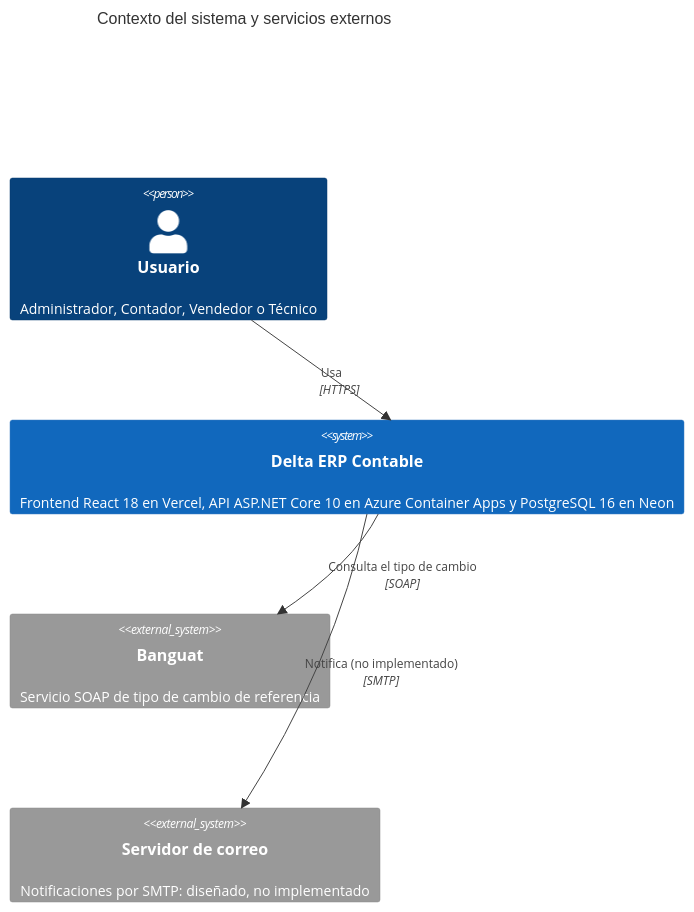
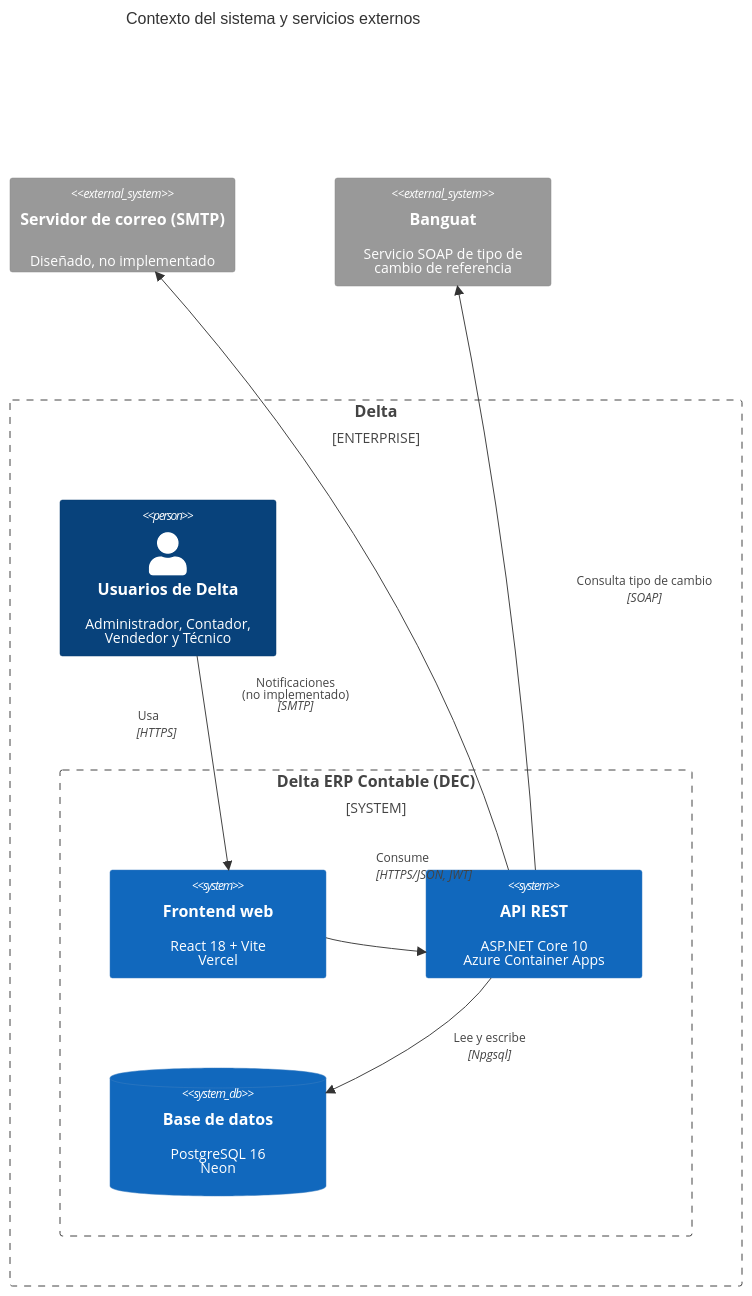
Before and after one commit to DavidsitoPay/erp-contable-delta: diagram 11 of 40 in docs/entregable-12-borrador-integrado.md, drawn with Mermaid. The commit also changed 10 other files, not shown here.

````diff
--- a/docs/entregable-12-borrador-integrado.md
+++ b/docs/entregable-12-borrador-integrado.md
@@ -1783,11 +1783,30 @@
 ```mermaid
 C4Context
     title Contexto del sistema y servicios externos
-    Person(usr, "Usuario", "Administrador, Contador, Vendedor o Técnico")
-    System(dec, "Delta ERP Contable", "Frontend React 18 en Vercel, API ASP.NET Core 10 en Azure Container Apps y PostgreSQL 16 en Neon")
-    System_Ext(bg, "Banguat", "Servicio SOAP de tipo de cambio de referencia")
-    System_Ext(smtp, "Servidor de correo", "Notificaciones por SMTP: diseñado, no implementado")
-    Rel(usr, dec, "Usa", "HTTPS")
-    Rel(dec, bg, "Consulta el tipo de cambio", "SOAP")
-    Rel(dec, smtp, "Notifica (no implementado)", "SMTP")
+    UpdateLayoutConfig($c4ShapeInRow="2", $c4BoundaryInRow="1")
+
+    Enterprise_Boundary(delta, "Delta") {
+        Person(usr, "Usuarios de Delta", "Administrador, Contador,<br/>Vendedor y Técnico")
+
+        System_Boundary(dec, "Delta ERP Contable (DEC)") {
+            System(fe, "Frontend web", "React 18 + Vite<br/>Vercel")
+            System(api, "API REST", "ASP.NET Core 10<br/>Azure Container Apps")
+            SystemDb(db, "Base de datos", "PostgreSQL 16<br/>Neon")
+        }
+    }
+
+    System_Ext(smtp, "Servidor de correo (SMTP)", "Diseñado, no implementado")
+    System_Ext(bg, "Banguat", "Servicio SOAP de tipo de<br/>cambio de referencia")
+
+    Rel(usr, fe, "Usa", "HTTPS")
+    Rel(fe, api, "Consume", "HTTPS/JSON, JWT")
+    Rel(api, db, "Lee y escribe", "Npgsql")
+    Rel(api, bg, "Consulta tipo de cambio", "SOAP")
+    Rel(api, smtp, "Notificaciones<br/>(no implementado)", "SMTP")
+
+    UpdateRelStyle(fe, api, $offsetX="0", $offsetY="-90")
+    UpdateRelStyle(api, bg, $offsetX="80")
+    UpdateRelStyle(api, smtp, $offsetX="-90", $offsetY="115")
+    UpdateRelStyle(usr, fe, $offsetX="-75", $offsetY="-50")
+    UpdateRelStyle(api, db, $offsetX="45")
 ```
````
